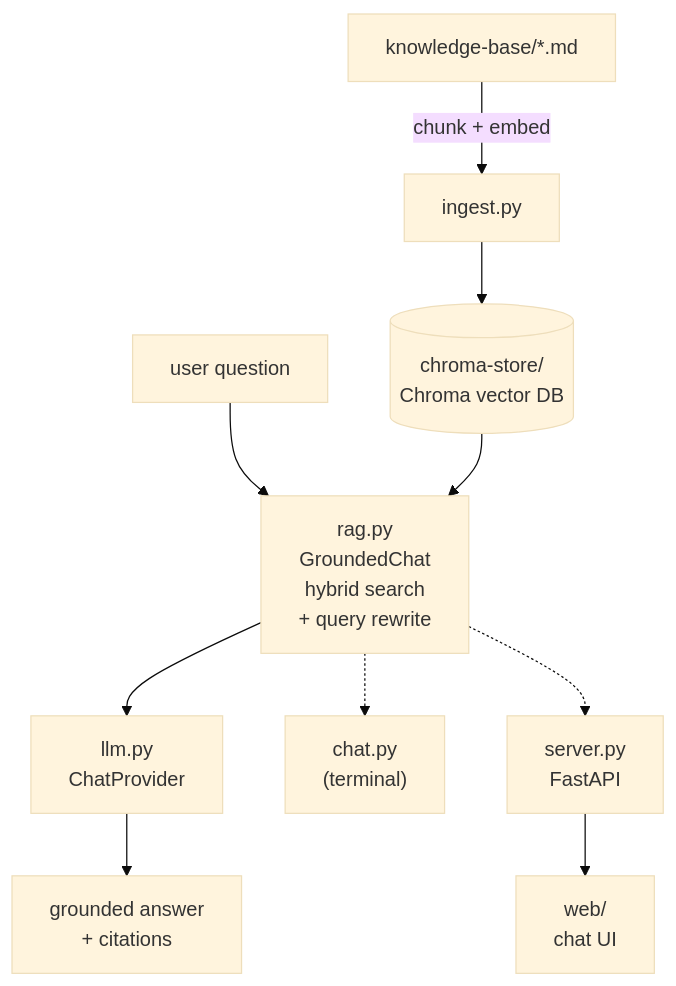
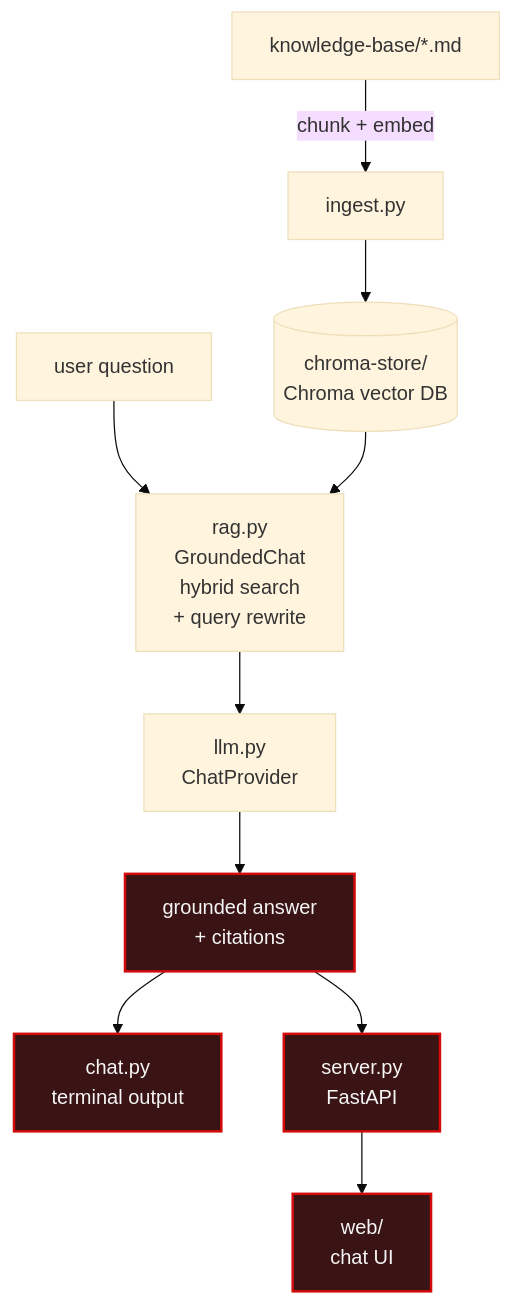
Before and after one commit to bhagya-d36/Fight-IQ: the diagram in README.md, drawn with Mermaid (base theme). The commit also changed other lines of this file, not shown here.

Commit message:
Highlight answer/output branch in README architecture diagram

````diff
--- a/README.md
+++ b/README.md
@@ -12,14 +12,17 @@
 ```mermaid
 flowchart TD
     KB["knowledge-base/*.md"] -->|chunk + embed| ING["ingest.py"]
     ING --> STORE[("chroma-store/<br/>Chroma vector DB")]
 
     Q["user question"] --> RAG["rag.py<br/>GroundedChat<br/>hybrid search<br/>+ query rewrite"]
     STORE --> RAG
     RAG --> LLM["llm.py<br/>ChatProvider"]
     LLM --> ANS["grounded answer<br/>+ citations"]
 
-    RAG -.-> CHAT["chat.py<br/>(terminal)"]
-    RAG -.-> SRV["server.py<br/>FastAPI"]
+    ANS --> CHAT["chat.py<br/>terminal output"]
+    ANS --> SRV["server.py<br/>FastAPI"]
     SRV --> WEB["web/<br/>chat UI"]
+
+    class ANS,CHAT,SRV,WEB output
+    classDef output fill:#3a1414,stroke:#d20a0a,stroke-width:2px,color:#f5f5f5
 ```
````
